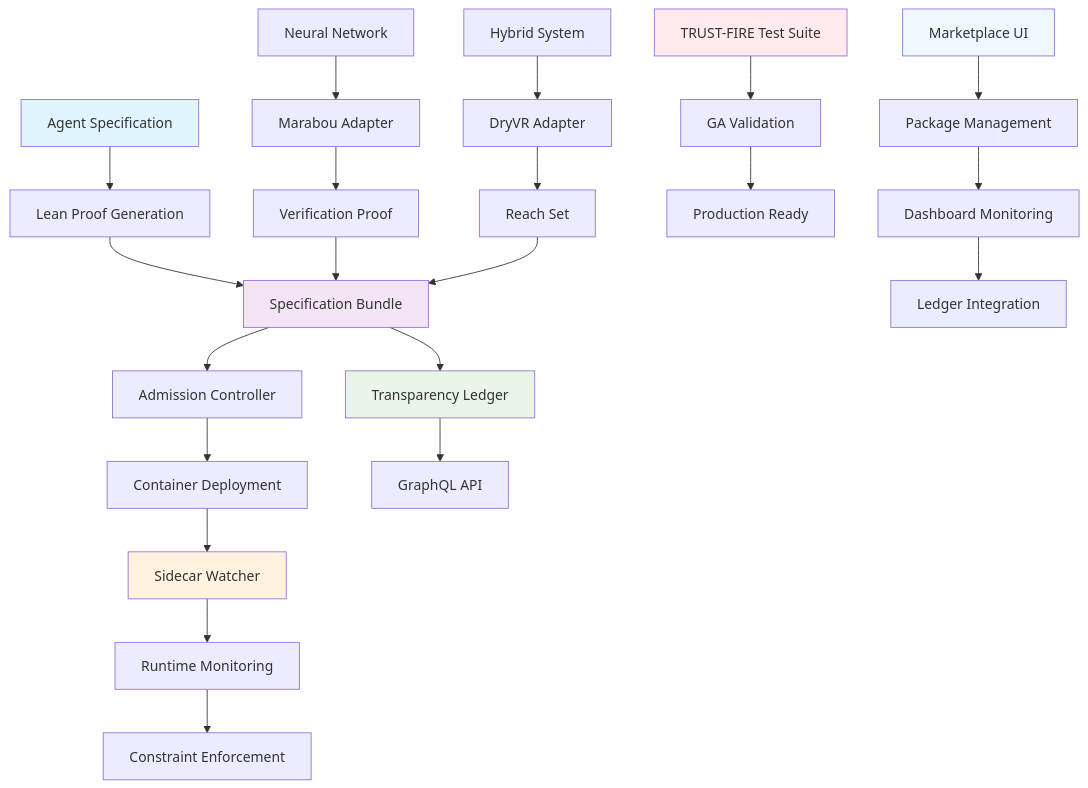
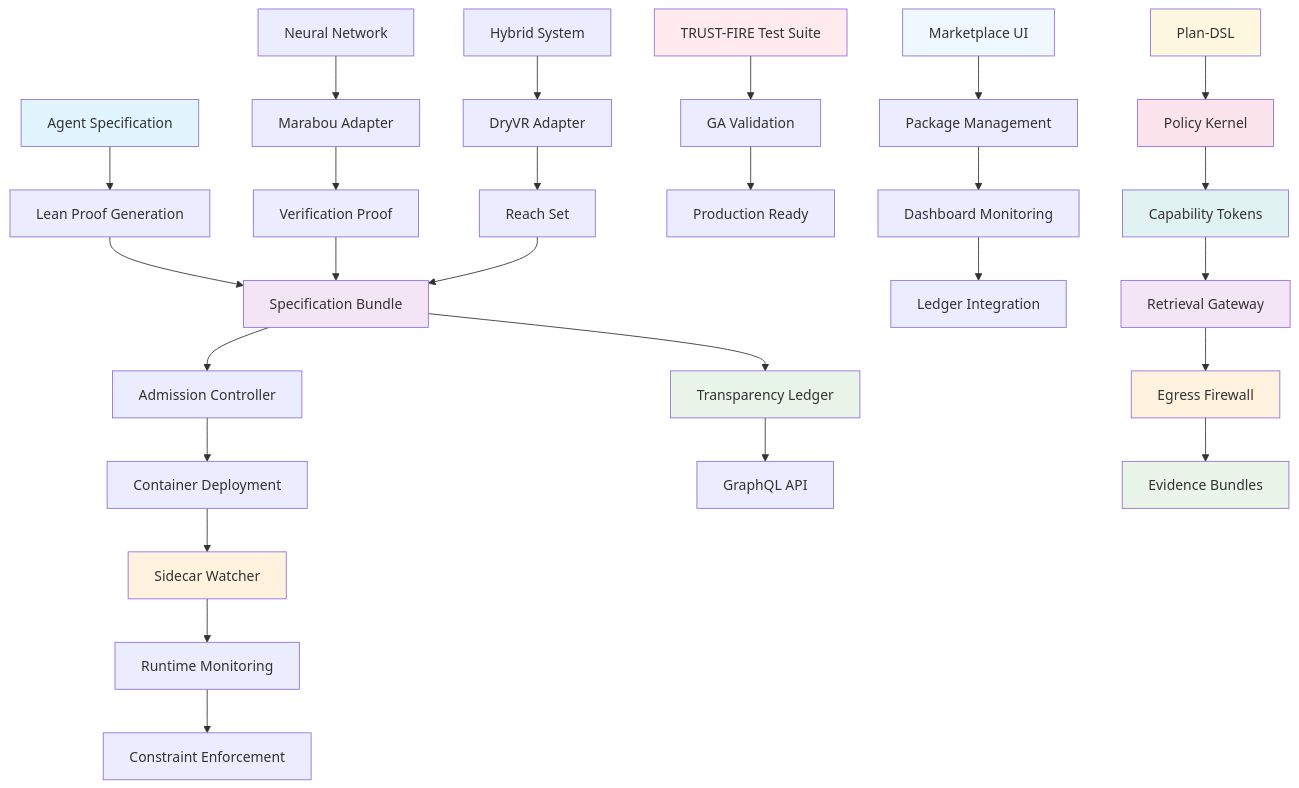
The diagram in README.md (SentinelOps-CI/provability-fabric), drawn with Mermaid before and after one commit. The commit also changed other lines of this file and 4 other files, not shown here.

````diff
--- a/README.md
+++ b/README.md
@@ -155,35 +161,47 @@
 ```mermaid
 flowchart TD
     A[Agent Specification] --> B[Lean Proof Generation]
     B --> C[Specification Bundle]
     C --> D[Admission Controller]
     D --> E[Container Deployment]
     E --> F[Sidecar Watcher]
     F --> G[Runtime Monitoring]
     G --> H[Constraint Enforcement]
 
     I[Neural Network] --> J[Marabou Adapter]
     J --> K[Verification Proof]
     K --> C
 
     L[Hybrid System] --> M[DryVR Adapter]
     M --> N[Reach Set]
     N --> C
 
     C --> O[Transparency Ledger]
     O --> P[GraphQL API]
 
     Q[TRUST-FIRE Test Suite] --> R[GA Validation]
     R --> S[Production Ready]
 
     T[Marketplace UI] --> U[Package Management]
     U --> V[Dashboard Monitoring]
     V --> W[Ledger Integration]
 
+    X[Plan-DSL] --> Y[Policy Kernel]
+    Y --> Z[Capability Tokens]
+    Z --> AA[Retrieval Gateway]
+    AA --> BB[Egress Firewall]
+    BB --> CC[Evidence Bundles]
+
     style A fill:#e1f5fe
     style C fill:#f3e5f5
     style F fill:#fff3e0
     style O fill:#e8f5e8
     style Q fill:#ffebee
     style T fill:#f0f8ff
+    style X fill:#fff8e1
+    style Y fill:#fce4ec
+    style Z fill:#e0f2f1
+    style AA fill:#f3e5f5
+    style BB fill:#fff3e0
+    style CC fill:#e8f5e8
 ```
````
